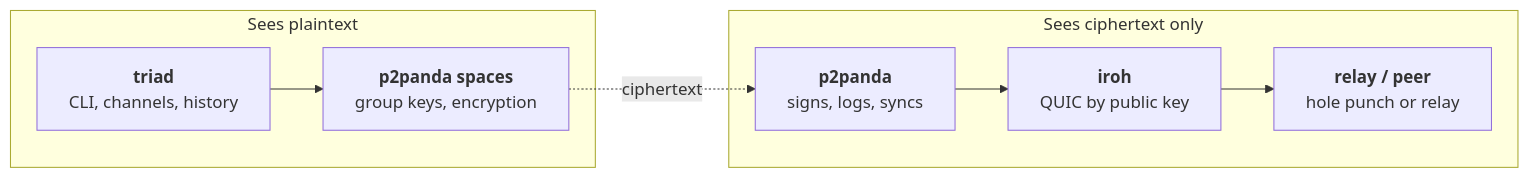
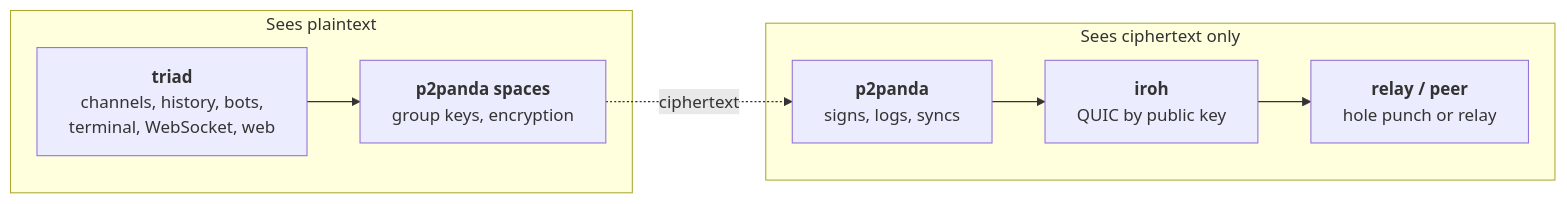
One commit to jamesacklin/triad changed the diagram in README.md. Above: the diagram before and after it, drawn with Mermaid. The commit also changed other lines of this file, not shown here.

````diff
--- a/README.md
+++ b/README.md
@@ -25,10 +49,10 @@
 ```mermaid
 flowchart LR
   subgraph plain["Sees plaintext"]
-    app["<b>triad</b><br/>CLI, channels, history"] --> spaces["<b>p2panda spaces</b><br/>group keys, encryption"]
+    app["<b>triad</b><br/>channels, history, bots,<br/>terminal, WebSocket, web"] --> spaces["<b>p2panda spaces</b><br/>group keys, encryption"]
   end
   subgraph cipher["Sees ciphertext only"]
     p2p["<b>p2panda</b><br/>signs, logs, syncs"] --> iroh["<b>iroh</b><br/>QUIC by public key"] --> peer["<b>relay / peer</b><br/>hole punch or relay"]
   end
   spaces -. ciphertext .-> p2p
 ```
````
